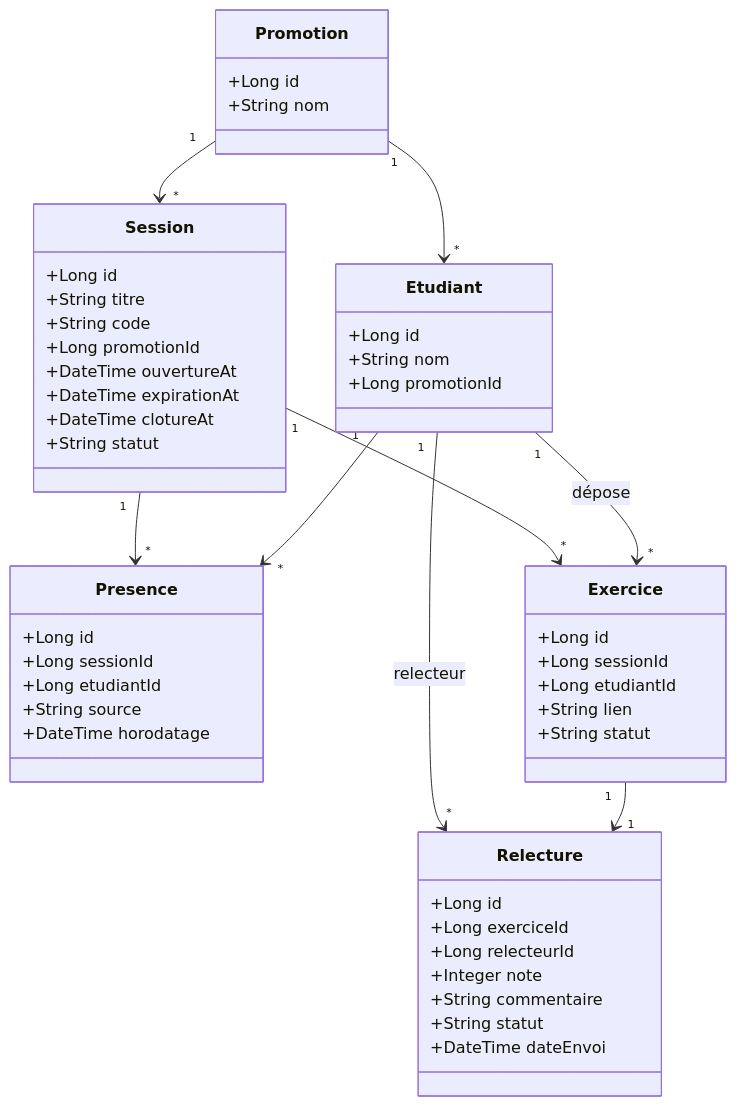
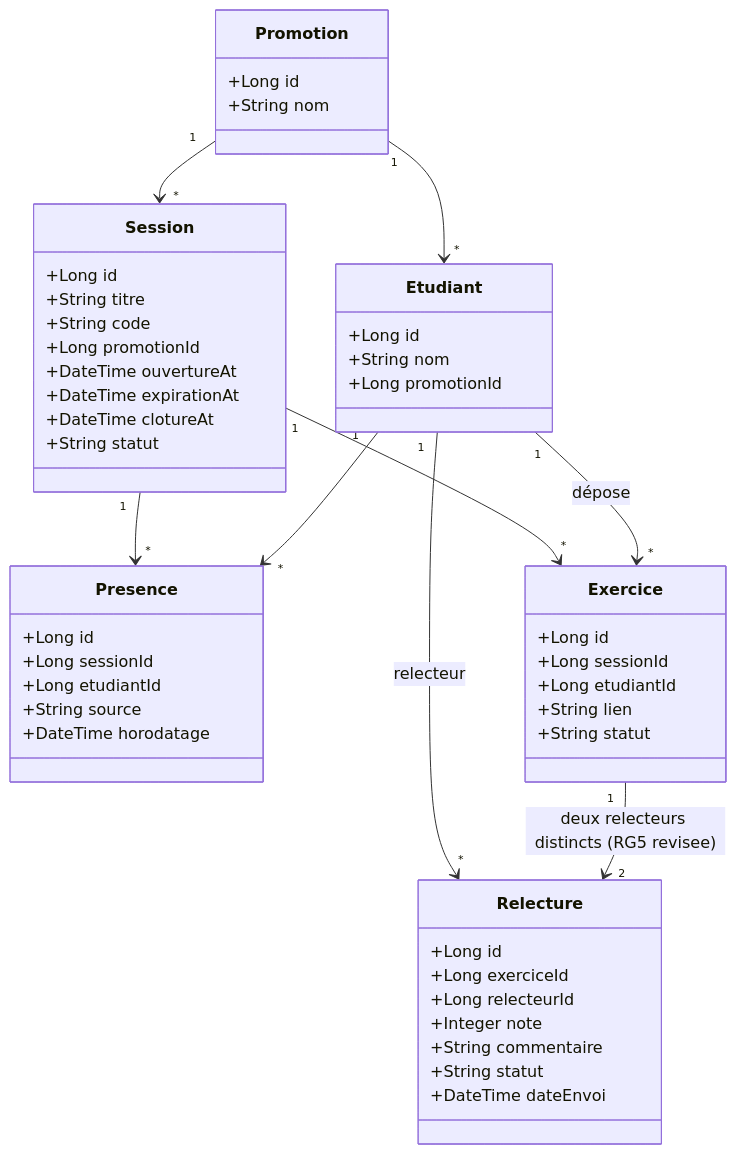
One commit to benthe-001/kfokam48-epreuve-161 changed the diagram in docs/diagrammes/D2-modele-donnees.md. Above: the diagram before and after it, drawn with Mermaid. The commit also changed 26 other files, not shown here.

First line of the commit message:
Changement de besoin vers main : deux relecteurs par exercice (#27) (#29)

````diff
--- a/docs/diagrammes/D2-modele-donnees.md
+++ b/docs/diagrammes/D2-modele-donnees.md
@@ -3,54 +3,54 @@
 ```mermaid
 classDiagram
     class Promotion {
         +Long id
         +String nom
     }
     class Etudiant {
         +Long id
         +String nom
         +Long promotionId
     }
     class Session {
         +Long id
         +String titre
         +String code
         +Long promotionId
         +DateTime ouvertureAt
         +DateTime expirationAt
         +DateTime clotureAt
         +String statut
     }
     class Presence {
         +Long id
         +Long sessionId
         +Long etudiantId
         +String source
         +DateTime horodatage
     }
     class Exercice {
         +Long id
         +Long sessionId
         +Long etudiantId
         +String lien
         +String statut
     }
     class Relecture {
         +Long id
         +Long exerciceId
         +Long relecteurId
         +Integer note
         +String commentaire
         +String statut
         +DateTime dateEnvoi
     }
 
     Promotion "1" --> "*" Etudiant
     Promotion "1" --> "*" Session
     Session "1" --> "*" Presence
     Session "1" --> "*" Exercice
     Etudiant "1" --> "*" Presence
     Etudiant "1" --> "*" Exercice : dépose
     Etudiant "1" --> "*" Relecture : relecteur
-    Exercice "1" --> "1" Relecture
+    Exercice "1" --> "2" Relecture : deux relecteurs distincts (RG5 revisee)
 ```
````
